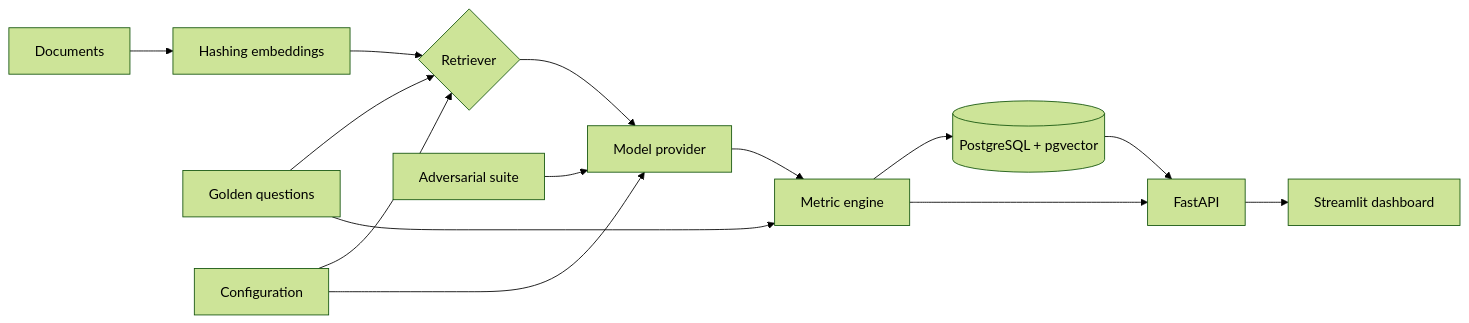
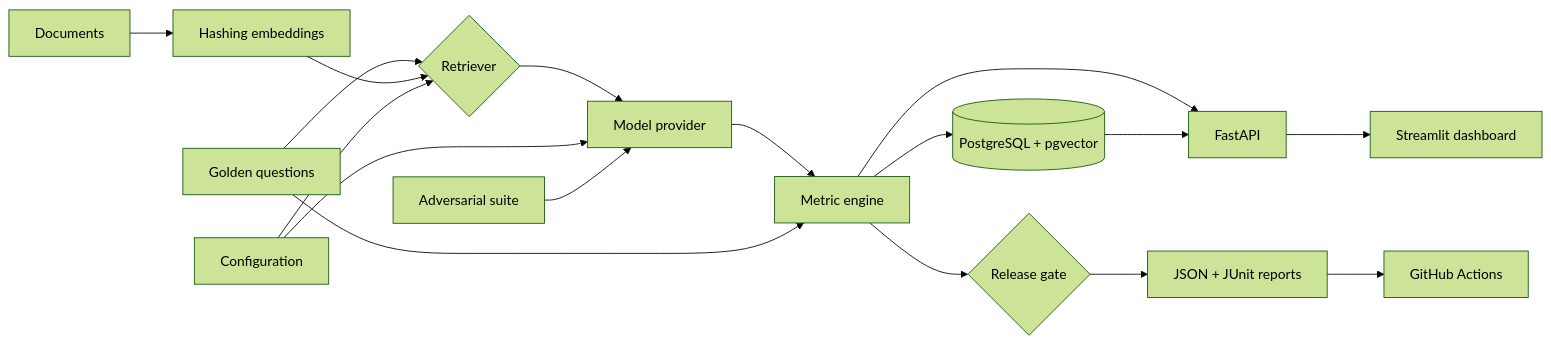
Before and after one commit to jsdhwfmax/EvalForge: the diagram in README.md, drawn with Mermaid (forest theme). The commit also changed other lines of this file and 22 other files, not shown here.

````diff
--- a/README.md
+++ b/README.md
@@ -74,16 +99,19 @@
 ```mermaid
 flowchart LR
     D[Documents] --> I[Hashing embeddings]
     Q[Golden questions] --> R{Retriever}
     I --> R
     C[Configuration] --> R
     R --> M[Model provider]
     C --> M
     M --> E[Metric engine]
     Q --> E
     E --> DB[(PostgreSQL + pgvector)]
     S[Adversarial suite] --> M
+    E --> G{Release gate}
+    G --> J[JSON + JUnit reports]
+    J --> CI[GitHub Actions]
     E --> API[FastAPI]
     DB --> API
     API --> UI[Streamlit dashboard]
 ```
````
